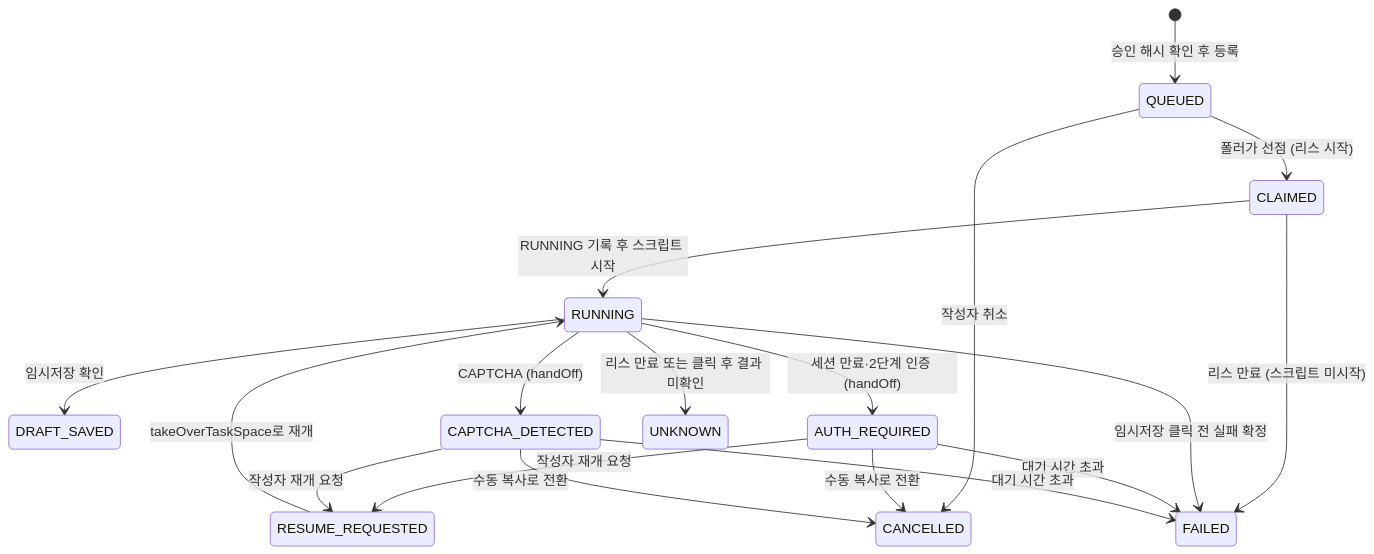
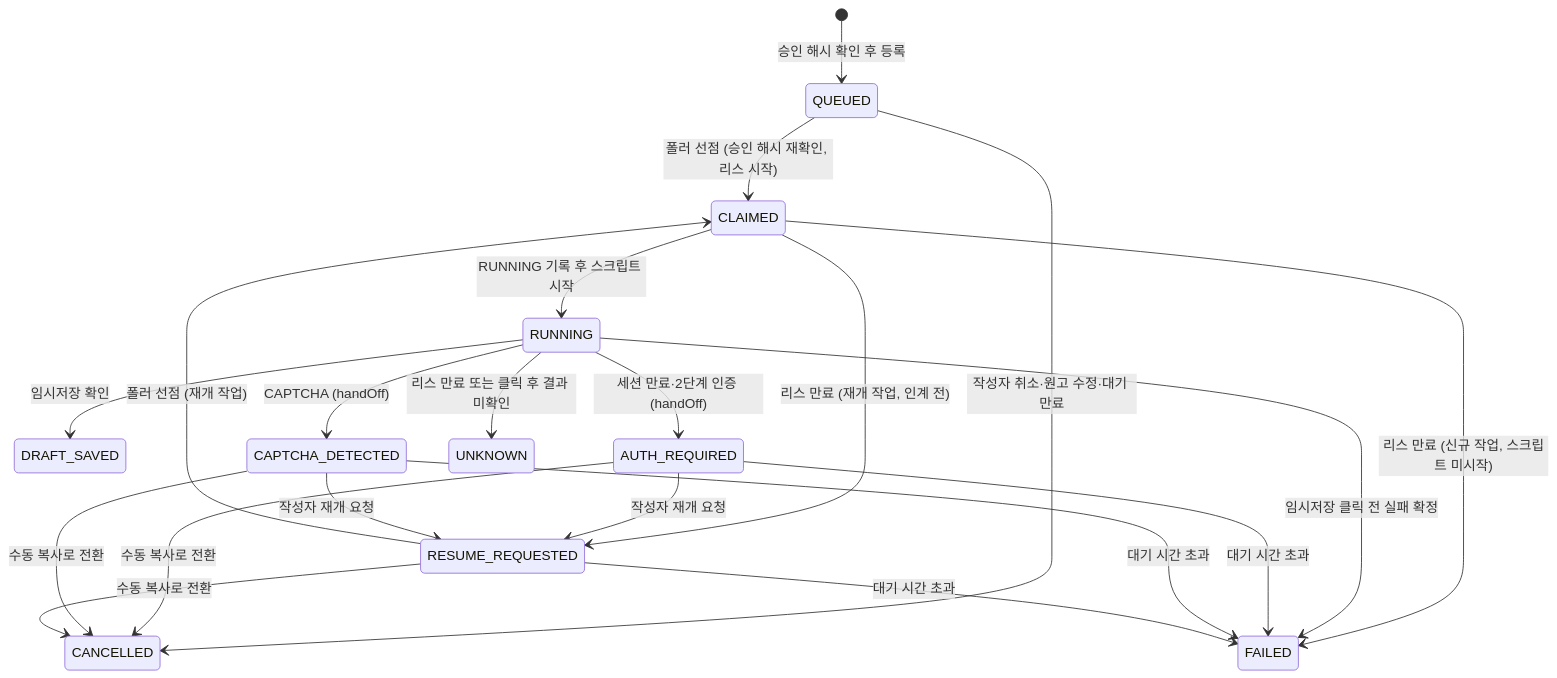
One commit to smilejk930/content-desk changed the second of 2 diagrams in design_draft.md. Above: the diagram before and after it, drawn with Mermaid. The commit also changed other lines of this file and 1 other file, not shown here.

````diff
--- a/design_draft.md
+++ b/design_draft.md
@@ -192,20 +211,23 @@
 ```mermaid
 stateDiagram-v2
     [*] --> QUEUED: 승인 해시 확인 후 등록
-    QUEUED --> CLAIMED: 폴러가 선점 (리스 시작)
-    QUEUED --> CANCELLED: 작성자 취소
+    QUEUED --> CLAIMED: 폴러 선점 (승인 해시 재확인, 리스 시작)
+    QUEUED --> CANCELLED: 작성자 취소·원고 수정·대기 만료
     CLAIMED --> RUNNING: RUNNING 기록 후 스크립트 시작
-    CLAIMED --> FAILED: 리스 만료 (스크립트 미시작)
+    CLAIMED --> FAILED: 리스 만료 (신규 작업, 스크립트 미시작)
+    CLAIMED --> RESUME_REQUESTED: 리스 만료 (재개 작업, 인계 전)
     RUNNING --> DRAFT_SAVED: 임시저장 확인
     RUNNING --> AUTH_REQUIRED: 세션 만료·2단계 인증 (handOff)
     RUNNING --> CAPTCHA_DETECTED: CAPTCHA (handOff)
     RUNNING --> FAILED: 임시저장 클릭 전 실패 확정
     RUNNING --> UNKNOWN: 리스 만료 또는 클릭 후 결과 미확인
     AUTH_REQUIRED --> RESUME_REQUESTED: 작성자 재개 요청
     CAPTCHA_DETECTED --> RESUME_REQUESTED: 작성자 재개 요청
     AUTH_REQUIRED --> CANCELLED: 수동 복사로 전환
     CAPTCHA_DETECTED --> CANCELLED: 수동 복사로 전환
+    RESUME_REQUESTED --> CANCELLED: 수동 복사로 전환
     AUTH_REQUIRED --> FAILED: 대기 시간 초과
     CAPTCHA_DETECTED --> FAILED: 대기 시간 초과
-    RESUME_REQUESTED --> RUNNING: takeOverTaskSpace로 재개
+    RESUME_REQUESTED --> FAILED: 대기 시간 초과
+    RESUME_REQUESTED --> CLAIMED: 폴러 선점 (재개 작업)
 ```
````
